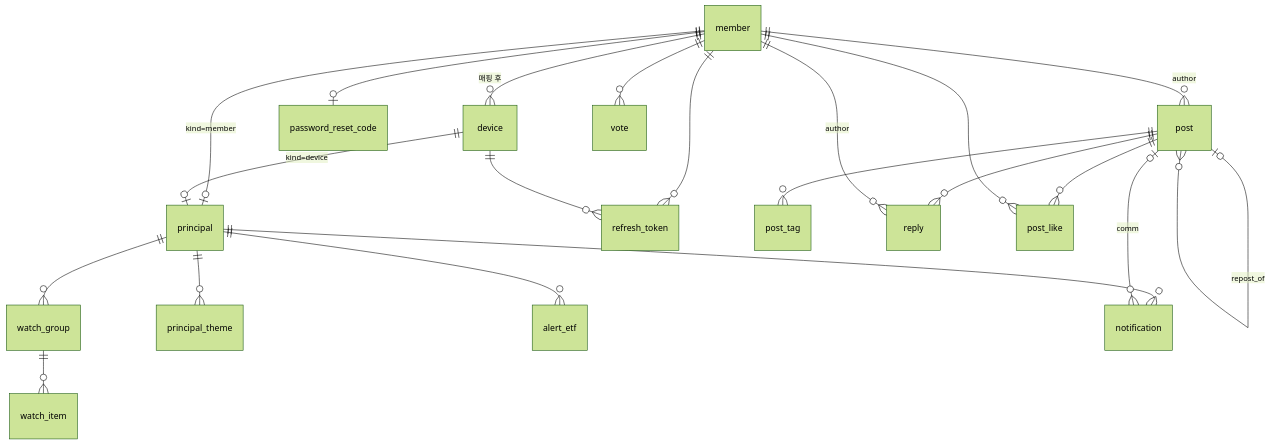
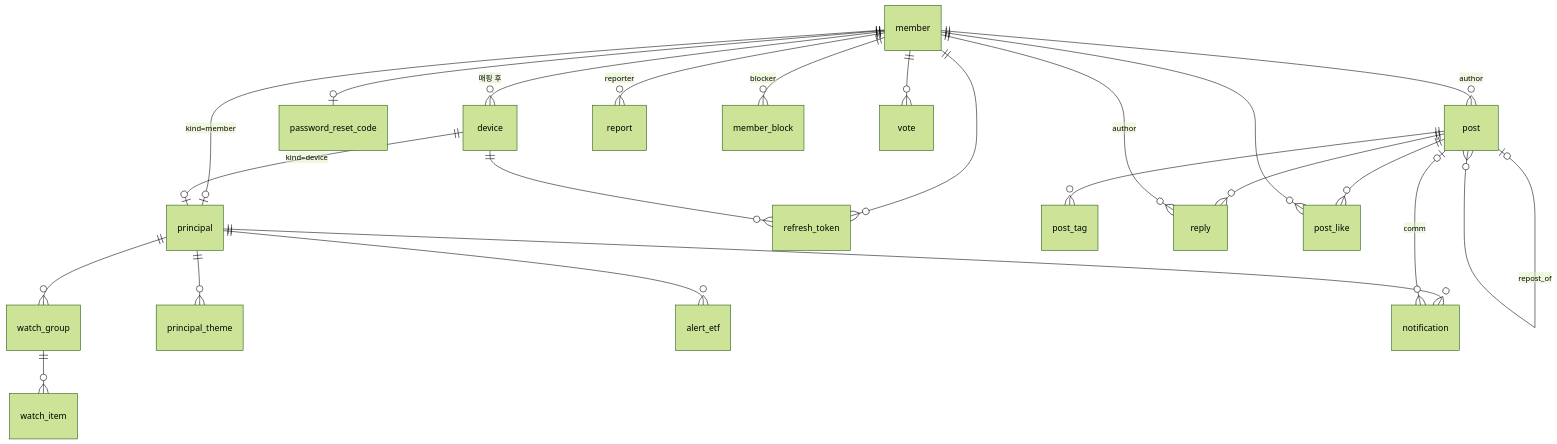
Before and after one commit to alphaeveryday/edge: the first of 2 diagrams in src/apps/cloud/app-api/docs/erd.md, drawn with Mermaid (forest theme). The commit also changed other lines of this file and 1 other file, not shown here.

First line of the commit message:
docs(app-api): 계약과 ERD 에 신고·차단 반영

````diff
--- a/src/apps/cloud/app-api/docs/erd.md
+++ b/src/apps/cloud/app-api/docs/erd.md
@@ -347,23 +368,25 @@
 ```mermaid
 erDiagram
     member ||--o| principal : "kind=member"
     device ||--o| principal : "kind=device"
     member ||--o{ device : "매핑 후"
     member ||--o{ refresh_token : ""
     device ||--o{ refresh_token : ""
     member ||--o| password_reset_code : ""
     principal ||--o{ watch_group : ""
     watch_group ||--o{ watch_item : ""
     principal ||--o{ principal_theme : ""
     principal ||--o{ alert_etf : ""
     principal ||--o{ notification : ""
     member ||--o{ post : "author"
     post ||--o{ post_tag : ""
     post ||--o{ reply : ""
     post ||--o{ post_like : ""
     post o|--o{ post : "repost_of"
     member ||--o{ reply : "author"
     member ||--o{ post_like : ""
+    member ||--o{ report : "reporter"
+    member ||--o{ member_block : "blocker"
     member ||--o{ vote : ""
     post o|--o{ notification : "comm"
 ```
````
